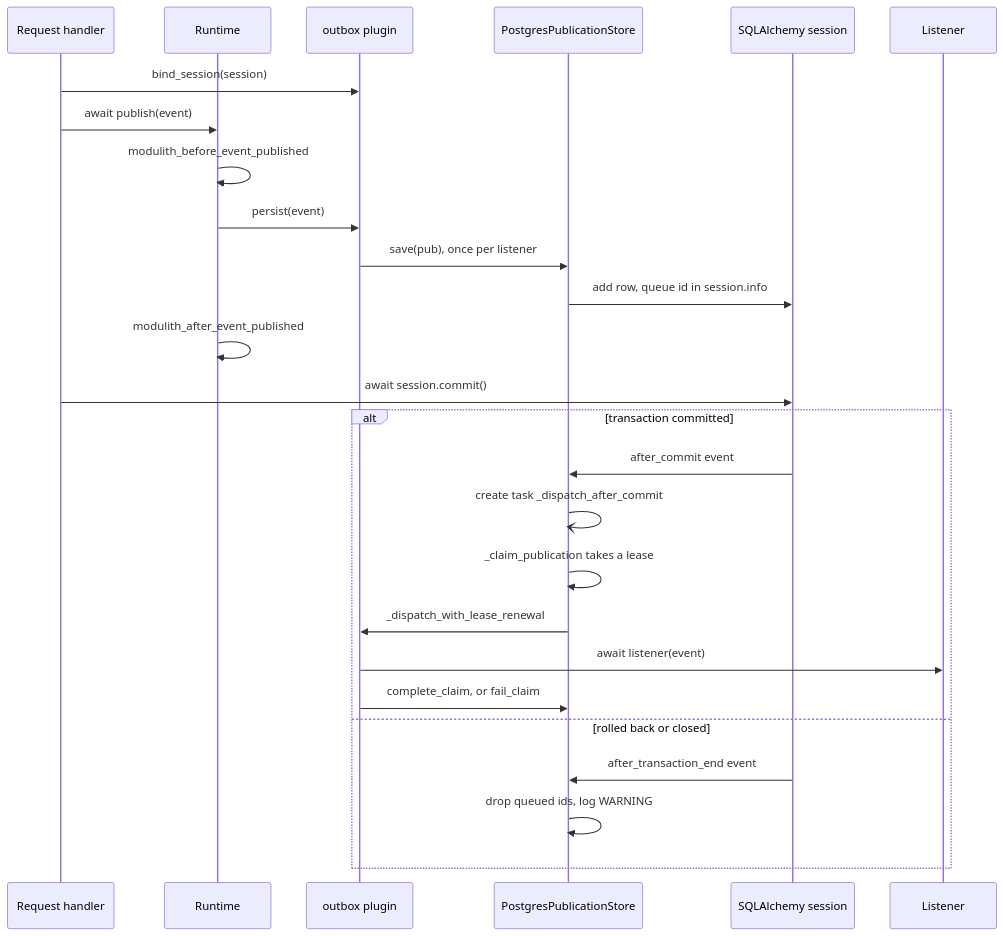
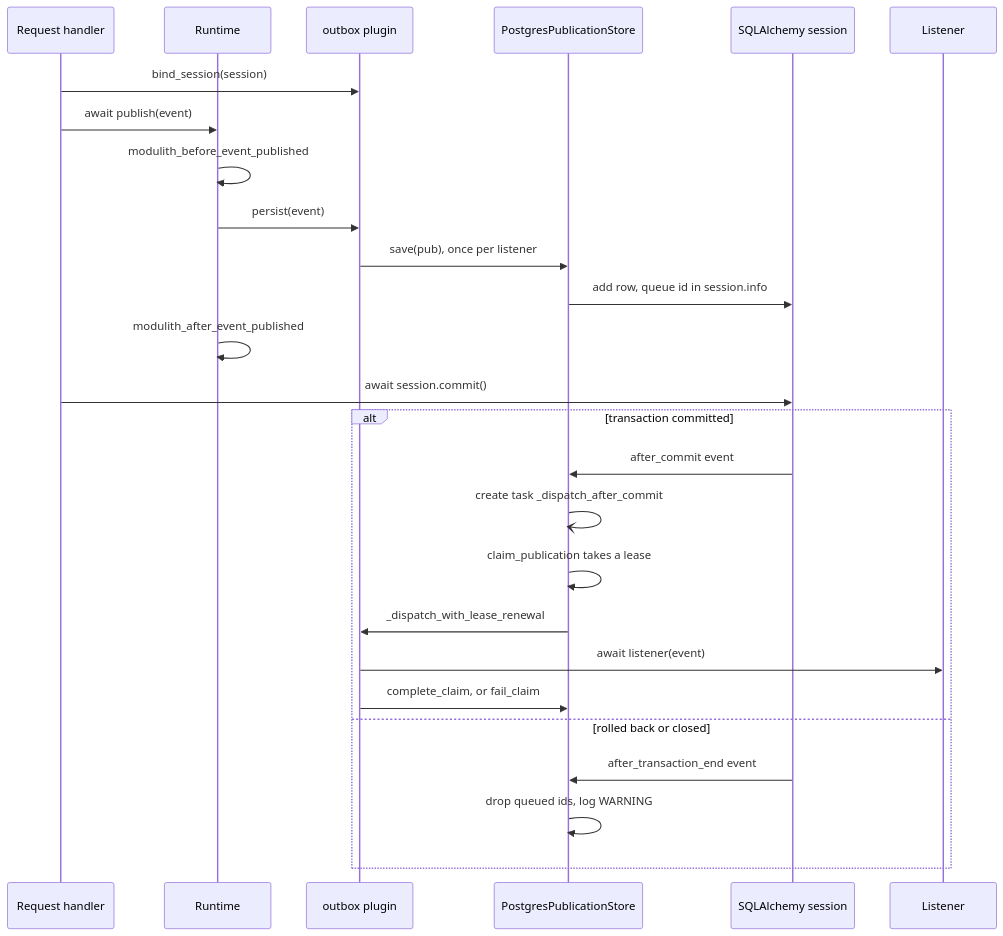
Before and after one commit to jeansossmeier/modupy: the third of 6 diagrams in docs/ARCHITECTURE.md, drawn with Mermaid. The commit also changed 5 other files, not shown here.

````diff
--- a/docs/ARCHITECTURE.md
+++ b/docs/ARCHITECTURE.md
@@ -398,28 +398,28 @@
 ```mermaid
 sequenceDiagram
     participant App as Request handler
     participant RT as Runtime
     participant OB as outbox plugin
     participant ST as PostgresPublicationStore
     participant DB as SQLAlchemy session
     participant L as Listener
     App->>OB: bind_session(session)
     App->>RT: await publish(event)
     RT->>RT: modulith_before_event_published
     RT->>OB: persist(event)
     OB->>ST: save(pub), once per listener
     ST->>DB: add row, queue id in session.info
     RT->>RT: modulith_after_event_published
     App->>DB: await session.commit()
     alt transaction committed
         DB->>ST: after_commit event
         ST-)ST: create task _dispatch_after_commit
-        ST->>ST: _claim_publication takes a lease
+        ST->>ST: claim_publication takes a lease
         ST->>OB: _dispatch_with_lease_renewal
         OB->>L: await listener(event)
         OB->>ST: complete_claim, or fail_claim
     else rolled back or closed
         DB->>ST: after_transaction_end event
         ST->>ST: drop queued ids, log WARNING
     end
 ```
````
